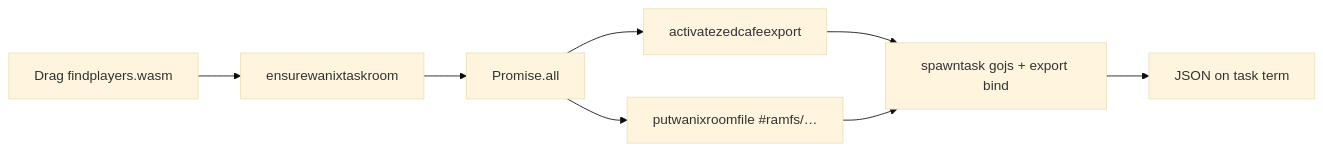
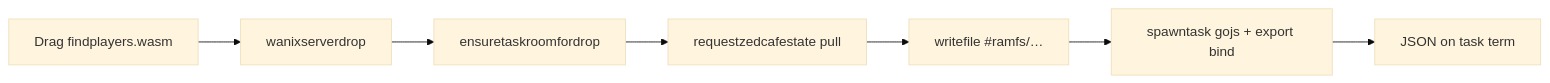
Before and after one commit to goldbuick/zed-software-system: the fifth of 9 diagrams in zss/feature/wanix/README.md, drawn with Mermaid (base theme). The commit also changed other lines of this file and 10 other files, not shown here.

````diff
--- a/zss/feature/wanix/README.md
+++ b/zss/feature/wanix/README.md
@@ -258,18 +258,17 @@
 ```mermaid
 flowchart LR
   Drop["Drag findplayers.wasm"]
-  Room["ensurewanixtaskroom"]
-  Parallel["Promise.all"]
-  Export["activatezedcafeexport"]
-  Stage["putwanixroomfile #ramfs/…"]
+  Server["wanixserverdrop"]
+  Remount["ensuretaskroomfordrop"]
+  Pull["requestzedcafestate pull"]
+  Stage["writefile #ramfs/…"]
   Spawn["spawntask gojs + export bind"]
   Out["JSON on task term"]
 
-  Drop --> Room
-  Room --> Parallel
-  Parallel --> Export
-  Parallel --> Stage
-  Export --> Spawn
+  Drop --> Server
+  Server --> Remount
+  Remount --> Pull
+  Pull --> Stage
   Stage --> Spawn
   Spawn --> Out
 ```
````
